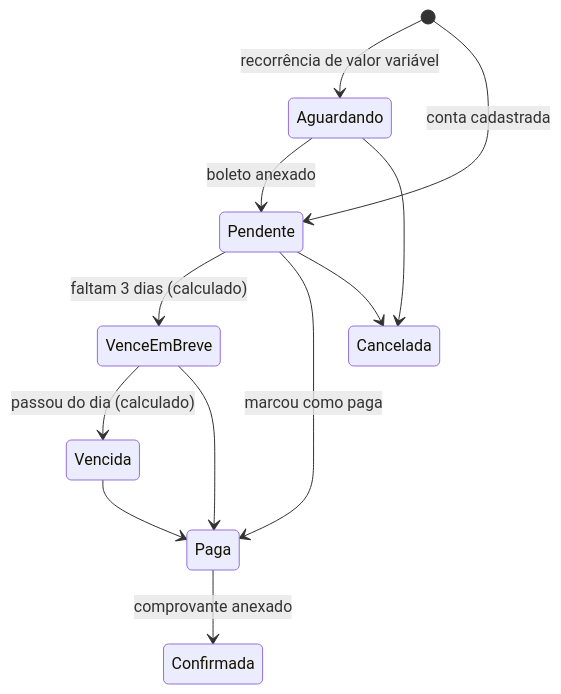
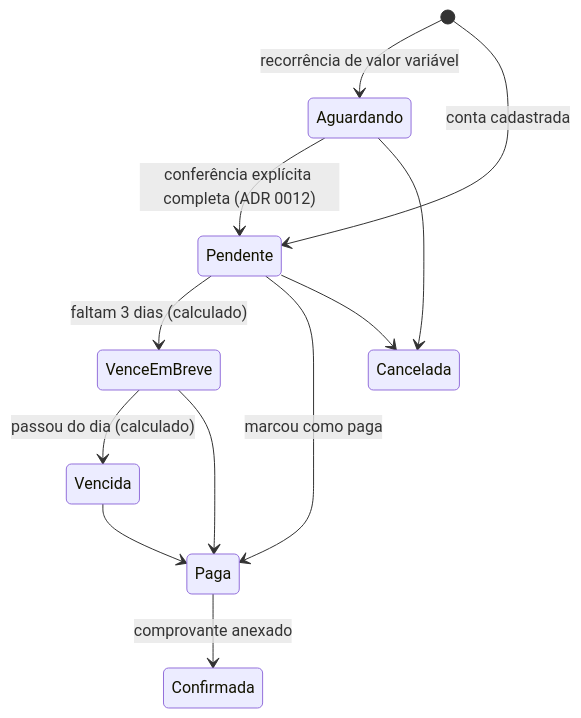
Before and after one commit to luis-hm/Varal: the diagram in docs/regras-de-negocio/README.md, drawn with Mermaid. The commit also changed other lines of this file and 77 other files, not shown here.

````diff
--- a/docs/regras-de-negocio/README.md
+++ b/docs/regras-de-negocio/README.md
@@ -43,14 +43,14 @@
 ```mermaid
 stateDiagram-v2
     [*] --> Aguardando: recorrência de valor variável
     [*] --> Pendente: conta cadastrada
-    Aguardando --> Pendente: boleto anexado
+    Aguardando --> Pendente: conferência explícita completa (ADR 0012)
     Pendente --> VenceEmBreve: faltam 3 dias (calculado)
     VenceEmBreve --> Vencida: passou do dia (calculado)
     Pendente --> Paga: marcou como paga
     VenceEmBreve --> Paga
     Vencida --> Paga
     Paga --> Confirmada: comprovante anexado
     Aguardando --> Cancelada
     Pendente --> Cancelada
 ```
````
